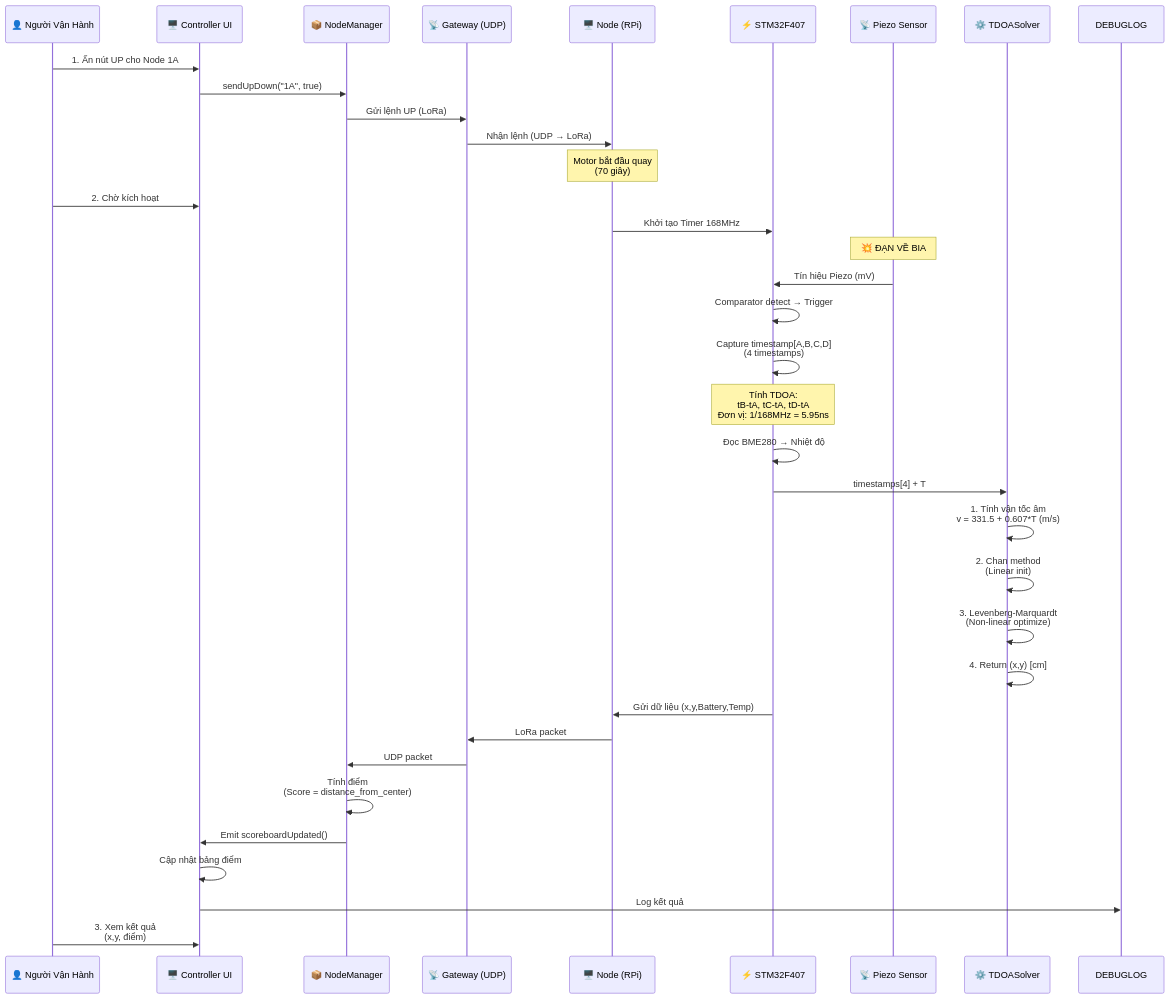
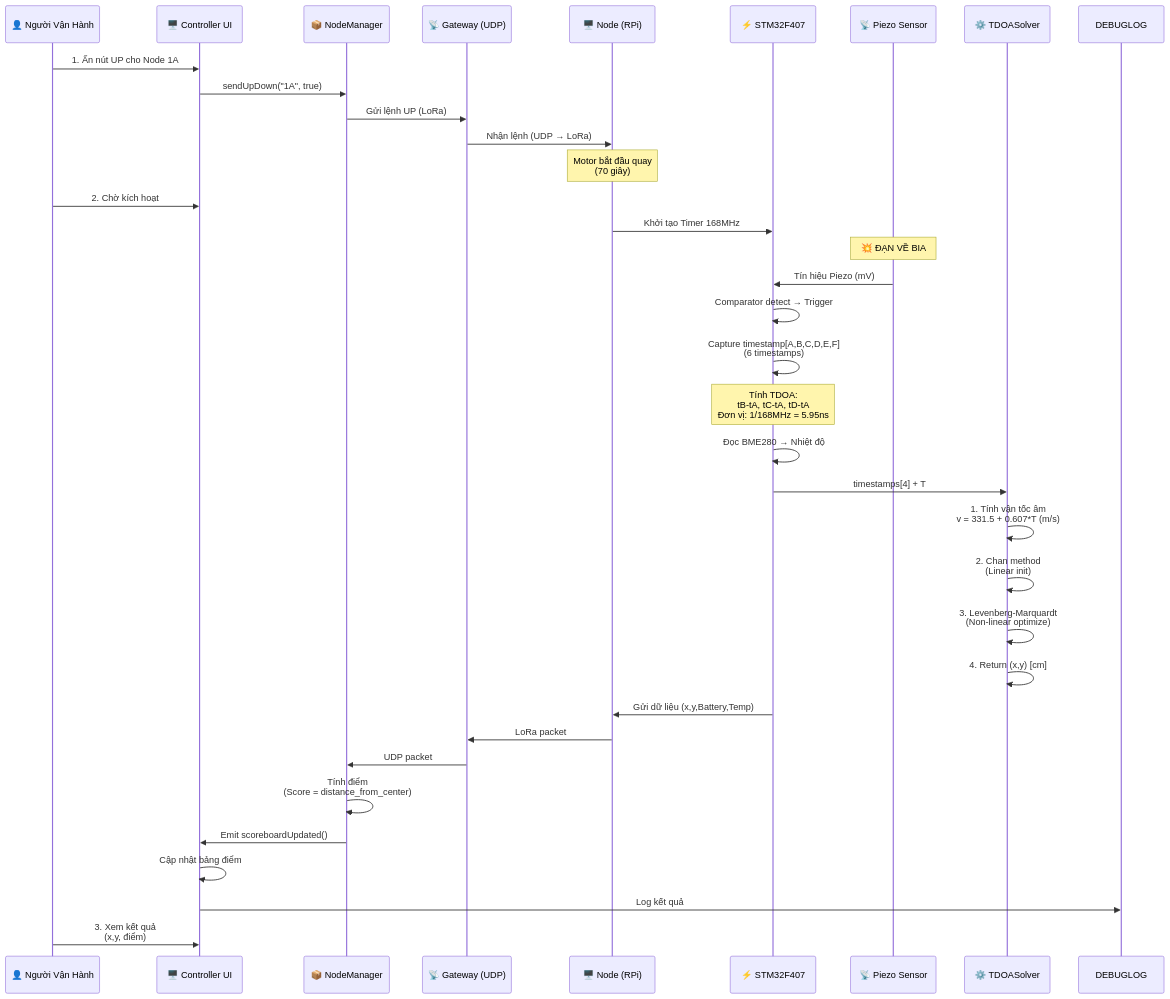
The second of 14 diagrams in docs/MERMAID.md (Dunghero1412/HTTDTD_v3.1), drawn with Mermaid before and after one commit. The commit also changed other lines of this file, not shown here.

````diff
--- a/docs/MERMAID.md
+++ b/docs/MERMAID.md
@@ -70,47 +70,47 @@
 ```mermaid
 sequenceDiagram
     participant User as 👤 Người Vận Hành
     participant UI as 🖥️ Controller UI
     participant NodeMgr as 📦 NodeManager
     participant Gateway as 📡 Gateway (UDP)
     participant Node as 🖥️ Node (RPi)
     participant STM32 as ⚡ STM32F407
     participant Sensor as 📡 Piezo Sensor
     participant TDoA as ⚙️ TDOASolver
 
     User->>UI: 1. Ấn nút UP cho Node 1A
     UI->>NodeMgr: sendUpDown("1A", true)
     NodeMgr->>Gateway: Gửi lệnh UP (LoRa)
     Gateway->>Node: Nhận lệnh (UDP → LoRa)
     
     Note over Node: Motor bắt đầu quay<br/>(70 giây)
     
     User->>UI: 2. Chờ kích hoạt
     Node->>STM32: Khởi tạo Timer 168MHz
     
     Note over Sensor: 💥 ĐẠN VỀ BIA
     Sensor->>STM32: Tín hiệu Piezo (mV)
     STM32->>STM32: Comparator detect → Trigger
-    STM32->>STM32: Capture timestamp[A,B,C,D]<br/>(4 timestamps)
+    STM32->>STM32: Capture timestamp[A,B,C,D,E,F]<br/>(6 timestamps)
     
     Note over STM32: Tính TDOA:<br/>tB-tA, tC-tA, tD-tA<br/>Đơn vị: 1/168MHz = 5.95ns
     
     STM32->>STM32: Đọc BME280 → Nhiệt độ
     STM32->>TDoA: timestamps[4] + T
     TDoA->>TDoA: 1. Tính vận tốc âm<br/>v = 331.5 + 0.607*T (m/s)
     TDoA->>TDoA: 2. Chan method<br/>(Linear init)
     TDoA->>TDoA: 3. Levenberg-Marquardt<br/>(Non-linear optimize)
     TDoA->>TDoA: 4. Return (x,y) [cm]
     
     STM32->>Node: Gửi dữ liệu (x,y,Battery,Temp)
     Node->>Gateway: LoRa packet
     Gateway->>NodeMgr: UDP packet
     
     NodeMgr->>NodeMgr: Tính điểm<br/>(Score = distance_from_center)
     NodeMgr->>UI: Emit scoreboardUpdated()
     
     UI->>UI: Cập nhật bảng điểm
     UI->>DEBUGLOG: Log kết quả
     
     User->>UI: 3. Xem kết quả<br/>(x,y, điểm)
 ```
````
